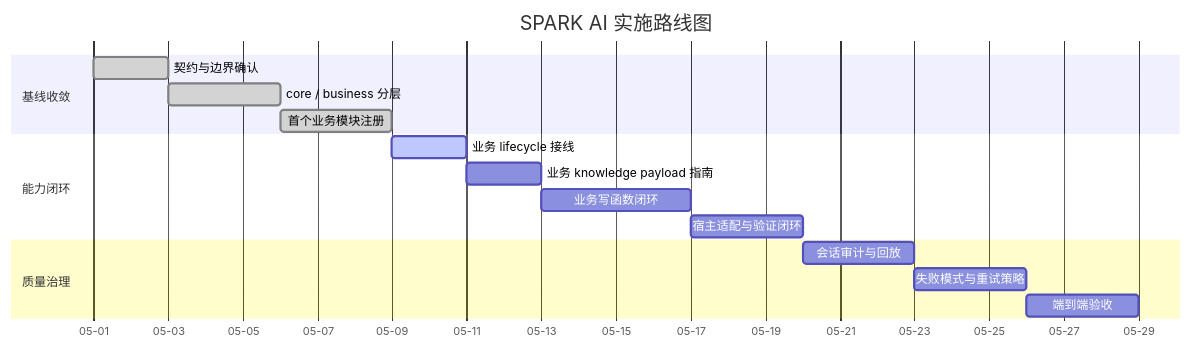
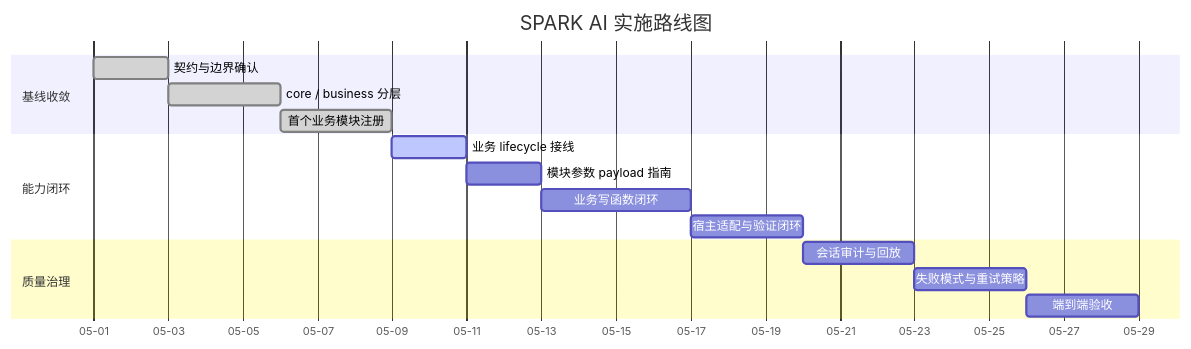
Diagram 12 of 14 in docs/ai/AI_DETAILED_DESIGN_AND_IMPLEMENTATION_CHAIN.md (LMSpark/spark-view-vue), drawn with Mermaid before and after one commit. The commit also changed other lines of this file and 123 other files, not shown here.

````diff
--- a/docs/ai/AI_DETAILED_DESIGN_AND_IMPLEMENTATION_CHAIN.md
+++ b/docs/ai/AI_DETAILED_DESIGN_AND_IMPLEMENTATION_CHAIN.md
@@ -397,22 +397,22 @@
 ```mermaid
 gantt
   title SPARK AI 实施路线图
   dateFormat  YYYY-MM-DD
   axisFormat  %m-%d
 
   section 基线收敛
   契约与边界确认           :done, p1, 2026-05-01, 2d
   core / business 分层      :done, p2, after p1, 3d
   首个业务模块注册          :done, p3, after p2, 3d
 
   section 能力闭环
   业务 lifecycle 接线        :active, p4, 2026-05-09, 2d
-  业务 knowledge payload 指南 :p5, after p4, 2d
+  模块参数 payload 指南 :p5, after p4, 2d
   业务写函数闭环            :p6, after p5, 4d
   宿主适配与验证闭环         :p7, after p6, 3d
 
   section 质量治理
   会话审计与回放            :p8, after p7, 3d
   失败模式与重试策略        :p9, after p8, 3d
   端到端验收                :p10, after p9, 3d
 ```
````
